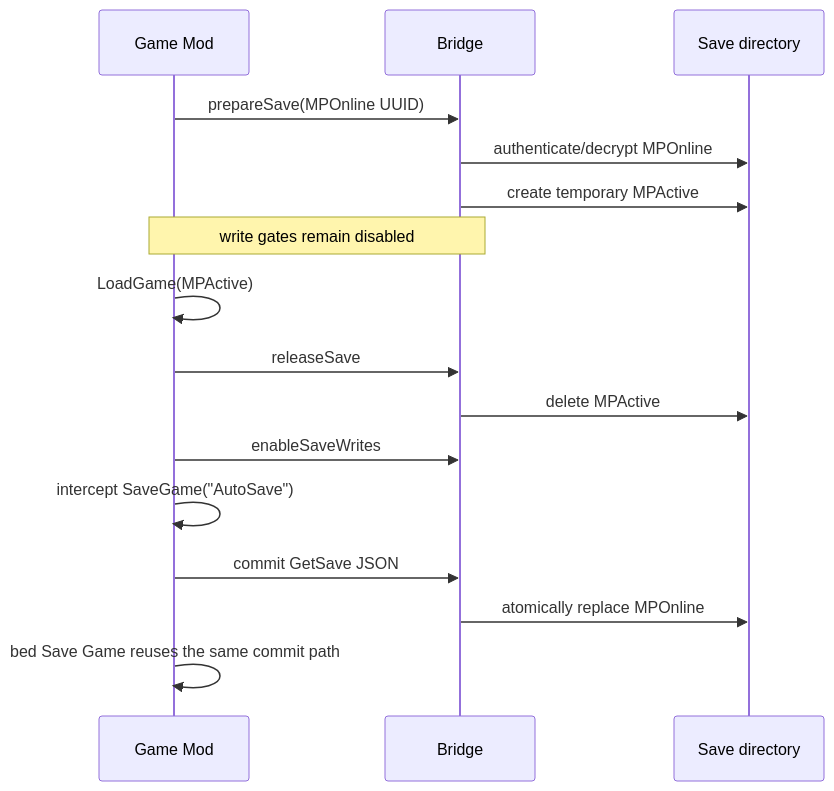
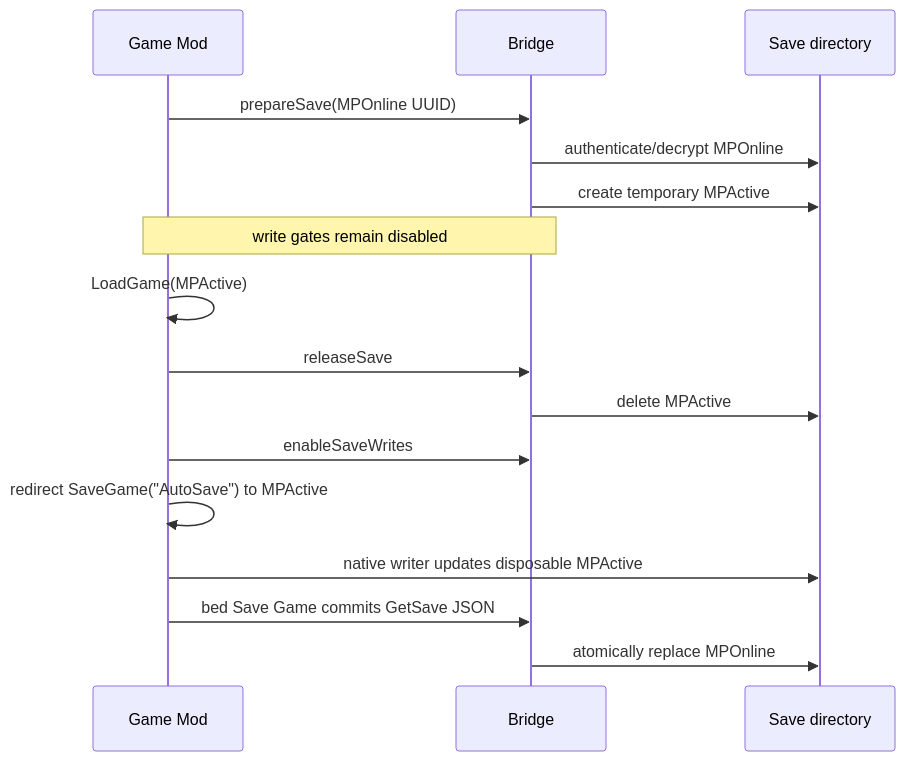
Before and after one commit to Sakura-QoQ/Multiplayer-Mod: the second of 2 diagrams in docs/ARCHITECTURE.md, drawn with Mermaid. The commit also changed other lines of this file and 7 other files, not shown here.

````diff
--- a/docs/ARCHITECTURE.md
+++ b/docs/ARCHITECTURE.md
@@ -59,18 +59,18 @@
 ```mermaid
 sequenceDiagram
     participant G as Game Mod
     participant B as Bridge
     participant D as Save directory
     G->>B: prepareSave(MPOnline UUID)
     B->>D: authenticate/decrypt MPOnline
     B->>D: create temporary MPActive
     Note over G,B: write gates remain disabled
     G->>G: LoadGame(MPActive)
     G->>B: releaseSave
     B->>D: delete MPActive
     G->>B: enableSaveWrites
-    G->>G: intercept SaveGame("AutoSave")
-    G->>B: commit GetSave JSON
+    G->>G: redirect SaveGame("AutoSave") to MPActive
+    G->>D: native writer updates disposable MPActive
+    G->>B: bed Save Game commits GetSave JSON
     B->>D: atomically replace MPOnline
-    G->>G: bed Save Game reuses the same commit path
 ```
````
